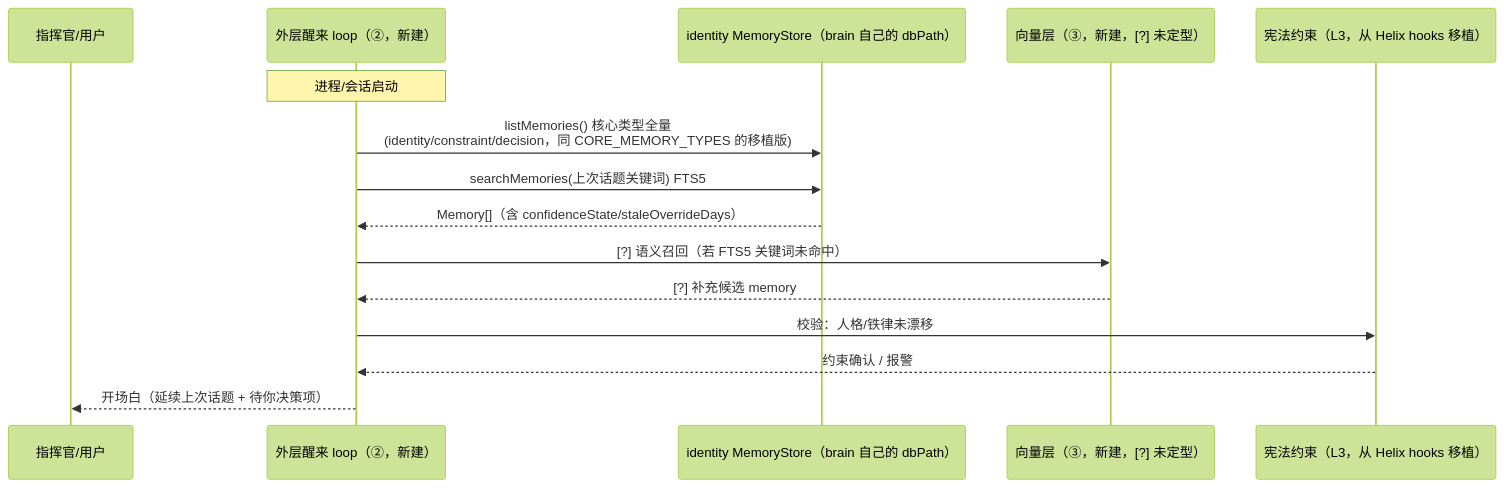
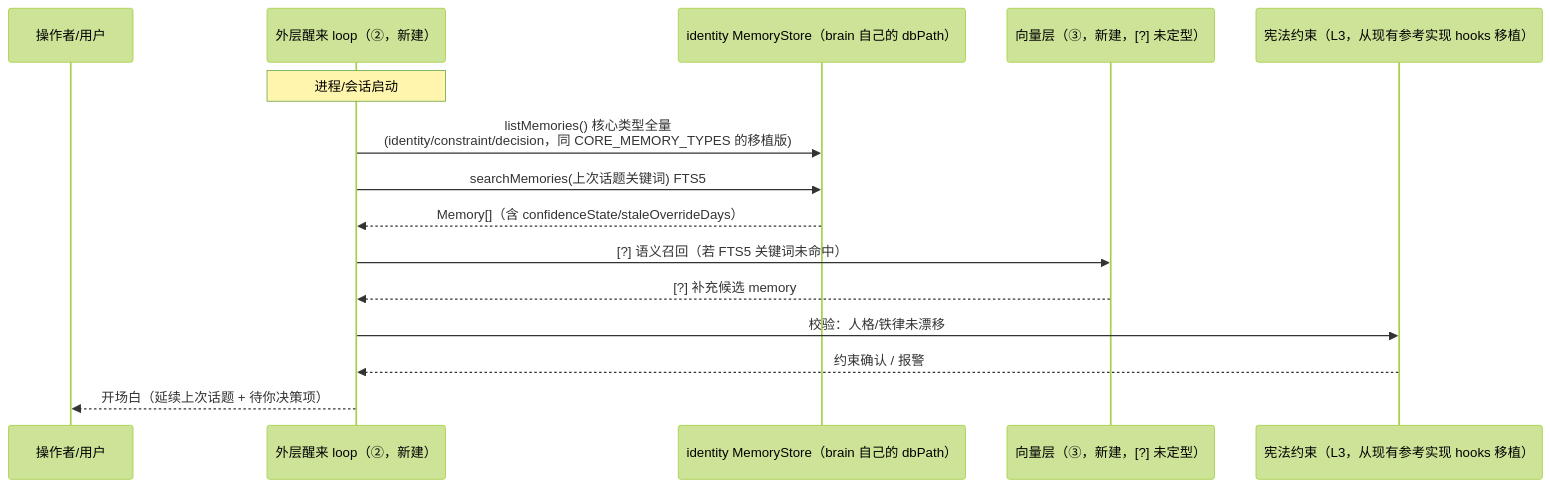
One commit to elishawong/aeloop changed the second of 3 diagrams in docs/conductor-brain-layer/DESIGN.md. Above: the diagram before and after it, drawn with Mermaid (forest theme). The commit also changed other lines of this file, not shown here.

````diff
--- a/docs/conductor-brain-layer/DESIGN.md
+++ b/docs/conductor-brain-layer/DESIGN.md
@@ -94,18 +94,18 @@
 ```mermaid
 sequenceDiagram
-    participant U as 指挥官/用户
+    participant U as 操作者/用户
     participant OUTER as 外层醒来 loop（②，新建）
     participant MS as identity MemoryStore（brain 自己的 dbPath）
     participant VEC as 向量层（③，新建，[?] 未定型）
-    participant CONST as 宪法约束（L3，从 Helix hooks 移植）
+    participant CONST as 宪法约束（L3，从现有参考实现 hooks 移植）
 
     Note over OUTER: 进程/会话启动
     OUTER->>MS: listMemories() 核心类型全量<br/>(identity/constraint/decision，同 CORE_MEMORY_TYPES 的移植版)
     OUTER->>MS: searchMemories(上次话题关键词) FTS5
     MS-->>OUTER: Memory[]（含 confidenceState/staleOverrideDays）
     OUTER->>VEC: [?] 语义召回（若 FTS5 关键词未命中）
     VEC-->>OUTER: [?] 补充候选 memory
     OUTER->>CONST: 校验：人格/铁律未漂移
     CONST-->>OUTER: 约束确认 / 报警
     OUTER-->>U: 开场白（延续上次话题 + 待你决策项）
 ```
````
